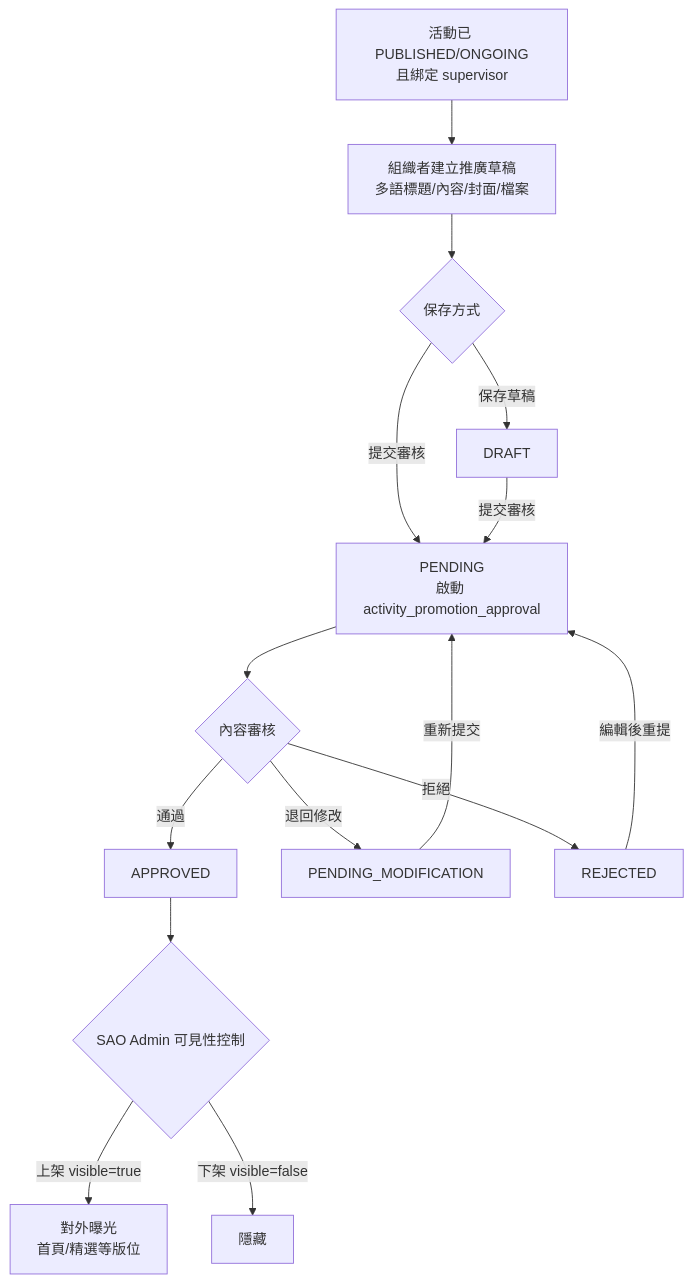
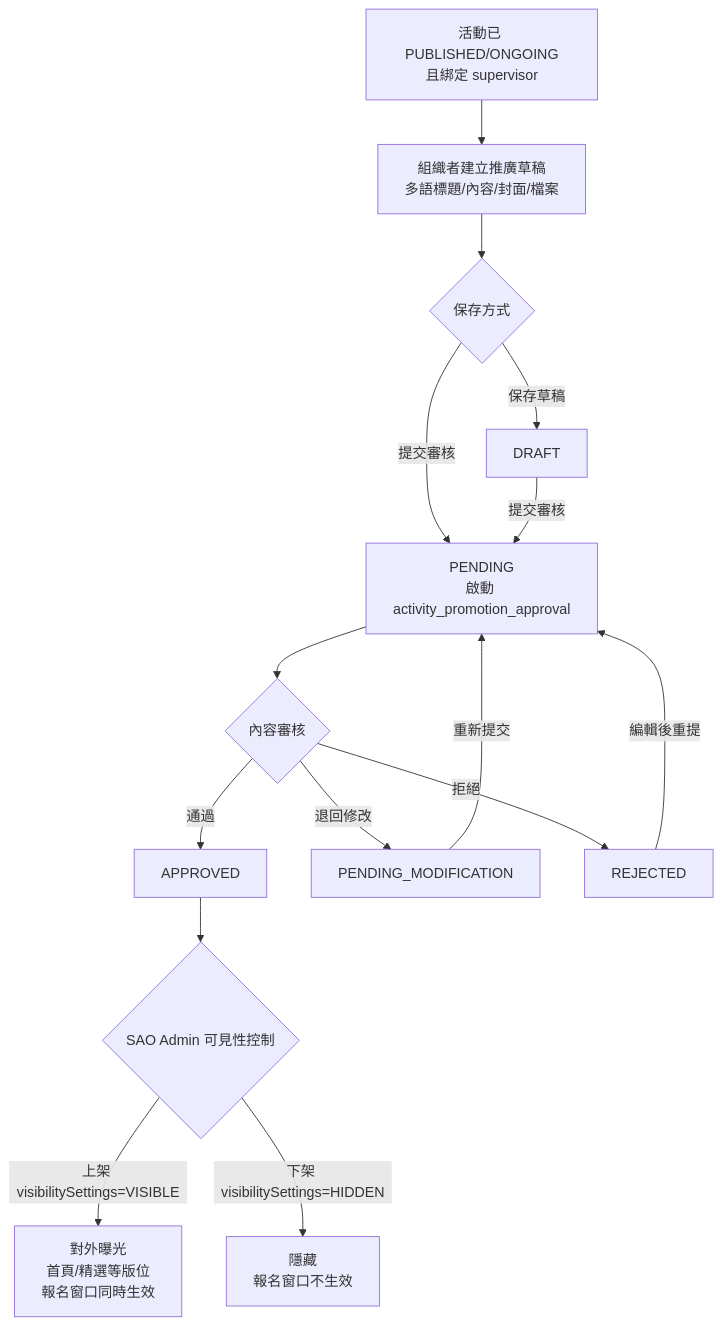
Before and after one commit to OneStar-Projects/SLAS-Docs: the diagram in activity-promotion-guide.md, drawn with Mermaid. The commit also changed other lines of this file and 5 other files, not shown here.

````diff
--- a/activity-promotion-guide.md
+++ b/activity-promotion-guide.md
@@ -125,17 +150,17 @@
 ```mermaid
 flowchart TD
     A[活動已 PUBLISHED/ONGOING<br/>且綁定 supervisor] --> B[組織者建立推廣草稿<br/>多語標題/內容/封面/檔案]
     B --> C{保存方式}
     C -- 保存草稿 --> D[DRAFT]
     C -- 提交審核 --> E[PENDING<br/>啟動 activity_promotion_approval]
     D -- 提交審核 --> E
     E --> F{內容審核}
     F -- 通過 --> G[APPROVED]
     F -- 退回修改 --> H[PENDING_MODIFICATION]
     F -- 拒絕 --> I[REJECTED]
     H -- 重新提交 --> E
     I -- 編輯後重提 --> E
     G --> J{SAO Admin 可見性控制}
-    J -- 上架 visible=true --> K[對外曝光<br/>首頁/精選等版位]
-    J -- 下架 visible=false --> L[隱藏]
+    J -- 上架 visibilitySettings=VISIBLE --> K[對外曝光<br/>首頁/精選等版位<br/>報名窗口同時生效]
+    J -- 下架 visibilitySettings=HIDDEN --> L[隱藏<br/>報名窗口不生效]
 ```
````
